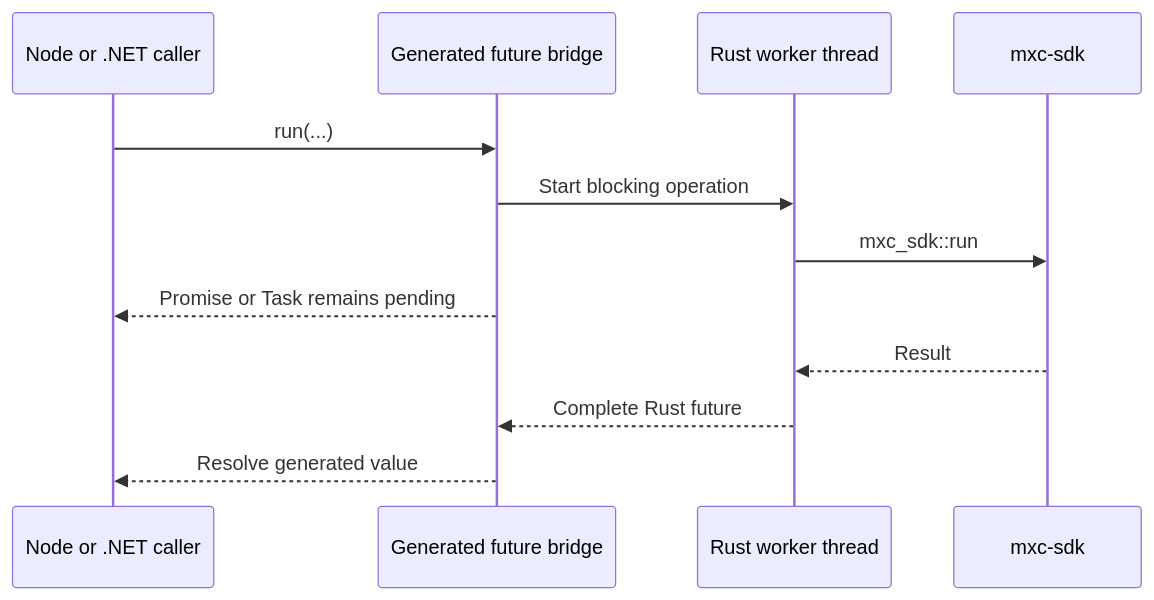
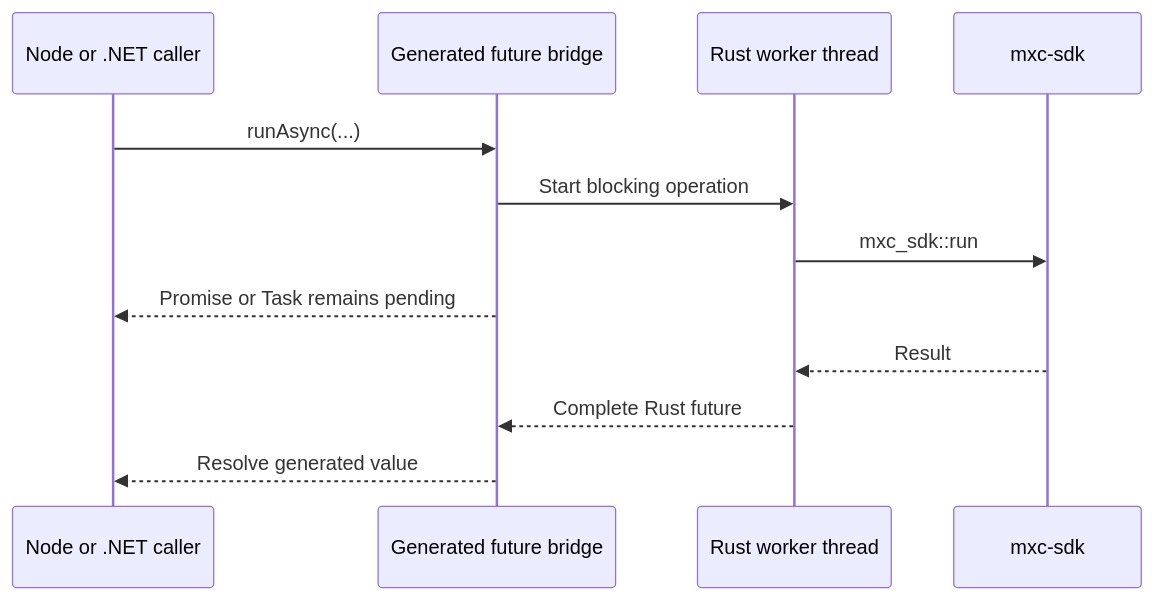
The third of 3 diagrams in docs/designs/SDK/node-dotnet-sdk-generation.md (microsoft/mxc), drawn with Mermaid before and after one commit. The commit also changed other lines of this file and 12 other files, not shown here.

````diff
--- a/docs/designs/SDK/node-dotnet-sdk-generation.md
+++ b/docs/designs/SDK/node-dotnet-sdk-generation.md
@@ -63,14 +86,14 @@
 ```mermaid
 sequenceDiagram
     participant A as Node or .NET caller
     participant F as Generated future bridge
     participant W as Rust worker thread
     participant S as mxc-sdk
-    A->>F: run(...)
+    A->>F: runAsync(...)
     F->>W: Start blocking operation
     W->>S: mxc_sdk::run
     F-->>A: Promise or Task remains pending
     S-->>W: Result
     W-->>F: Complete Rust future
     F-->>A: Resolve generated value
 ```
````
